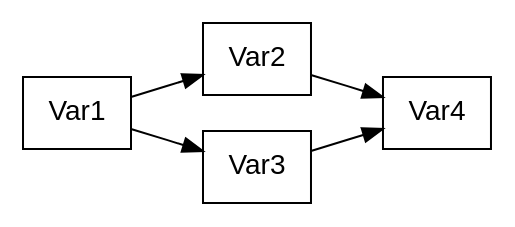
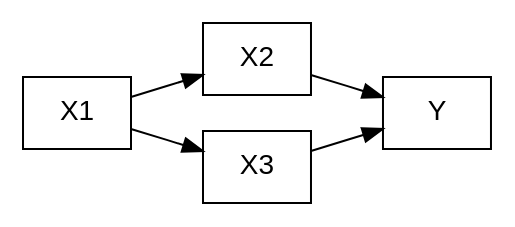
Before and after one commit to pennekampster/Swiss_SEM: the tenth of 27 diagrams in 5_Slides/Intro_to_SEM_part1.qmd, drawn with Graphviz. The commit also changed other lines of this file and 3 other files, not shown here.

````diff
--- a/5_Slides/Intro_to_SEM_part1.qmd
+++ b/5_Slides/Intro_to_SEM_part1.qmd
@@ -886,20 +802,20 @@
 ```{dot}
 //| fig-width: 4
 digraph  {
 
   # a 'graph' statement
   graph [overlap = false, fontsize = 15, layout = dot, rankdir = LR]
 
   # 'node' statements
   node [shape = box,
         fontname = Helvetica]
-  Var1 
-  Var2 
-  Var3
-  Var4
+  X1 
+  X2
+  X3
+  Y
 
   # 'edge' statements
-  Var1 -> Var2 -> Var4;
-  Var1 -> Var3 -> Var4;  
+  X1 -> X2 -> Y;
+  X1 -> X3 -> Y;  
 }
 ```
````
